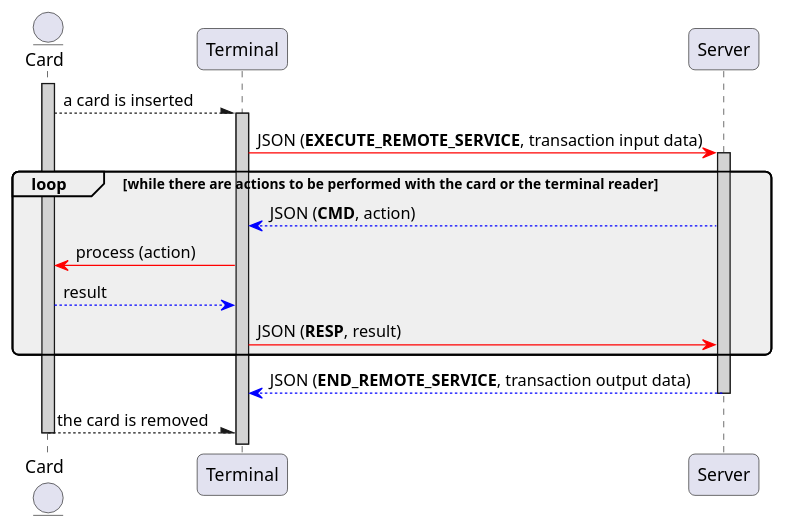
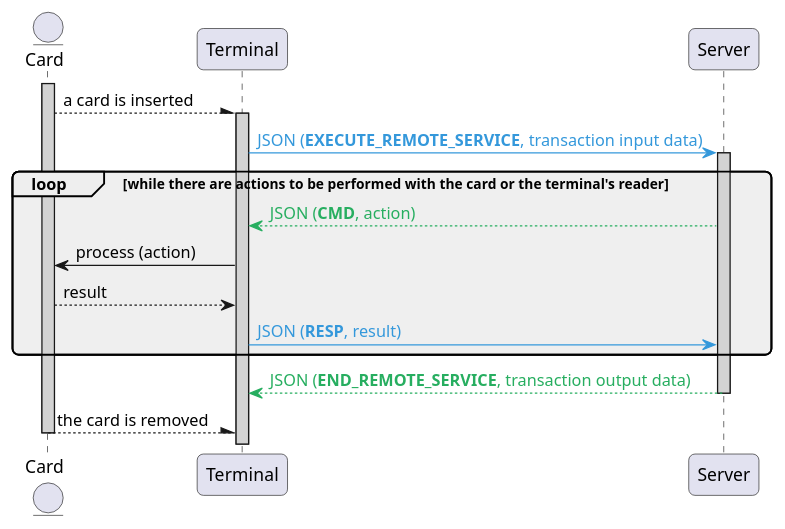
The diagram in static/media/learn/user-guide/distributed-json-api/distributedJsonApi_messagingFlow.puml (eclipse-keyple/keyple-website), drawn with PlantUML before and after one commit. The commit also changed 10 other files, not shown here.

```diff
--- a/static/media/learn/user-guide/distributed-json-api/distributedJsonApi_messagingFlow.puml
+++ b/static/media/learn/user-guide/distributed-json-api/distributedJsonApi_messagingFlow.puml
@@ -1,35 +1,35 @@
 @startuml
 
 ' == THEME ==
 
 skinparam RoundCorner 10
 'skinparam sequenceArrowThickness 2
 
 ' == CONTENT ==
 
 entity "Card" as card
 participant "Terminal" as client
 participant "Server" as server
 
 activate card #LightGrey
 card --\ client : a card is inserted
 
 activate client #LightGrey
-client -[#red]> server : JSON (**EXECUTE_REMOTE_SERVICE**, transaction input data)
+client -[#3498DB]> server : <color: #3498DB>JSON (**EXECUTE_REMOTE_SERVICE**, transaction input data)
 
 activate server #LightGrey
 
-loop #EFEFEF while there are actions to be performed with the card or the terminal reader
-    server -[#blue]-> client : JSON (**CMD**, action)
-    client -[#red]> card : process (action)
-    card -[#blue]-> client : result
-    client -[#red]> server : JSON (**RESP**, result)
+loop #EFEFEF while there are actions to be performed with the card or the terminal's reader
+    server -[#27AE60]-> client : <color:#27AE60>JSON (**CMD**, action)
+    client -> card : process (action)
+    card --> client : result
+    client -[#3498DB]> server : <color: #3498DB>JSON (**RESP**, result)
 end
 
-server -[#blue]-> client : JSON (**END_REMOTE_SERVICE**, transaction output data)
+server -[#27AE60]-> client : <color:#27AE60>JSON (**END_REMOTE_SERVICE**, transaction output data)
 deactivate server
 
 card --\ client : the card is removed
 deactivate card
 
 @enduml
```
